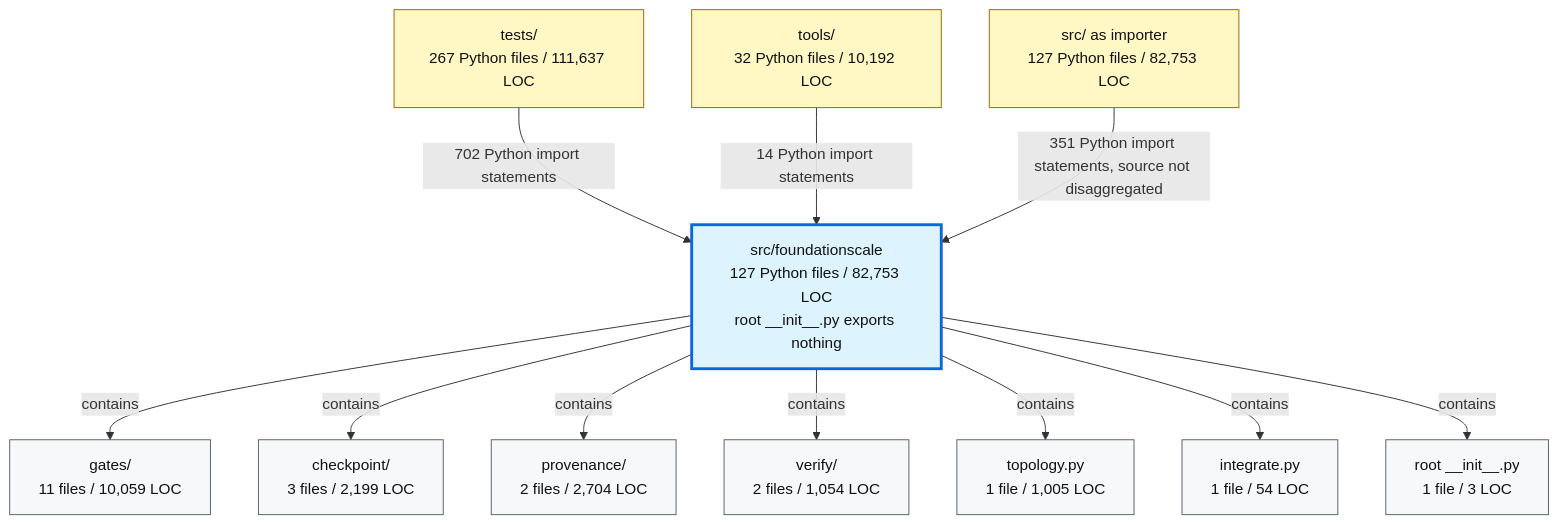
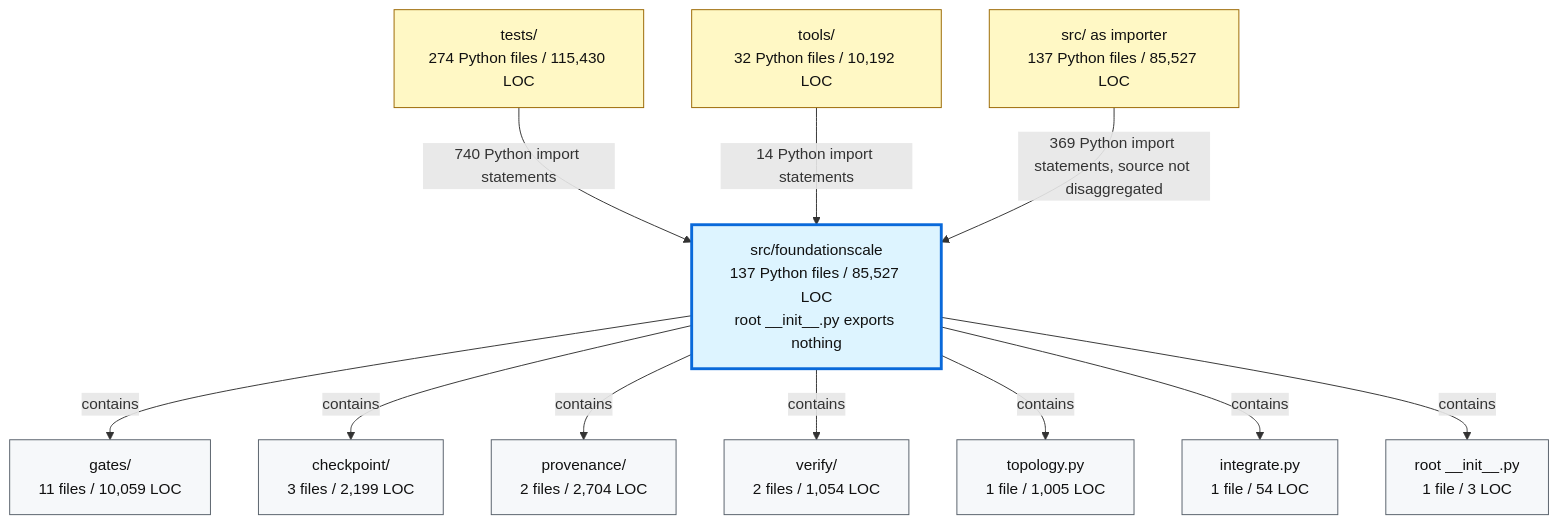
Before and after one commit to TranNhiem/FoundationScale: the second of 2 diagrams in docs/review/D2_current_architecture.md, drawn with Mermaid. The commit also changed other lines of this file and 10 other files, not shown here.

````diff
--- a/docs/review/D2_current_architecture.md
+++ b/docs/review/D2_current_architecture.md
@@ -97,36 +97,36 @@
 ```mermaid
 flowchart TB
-  TESTS["tests/<br/>267 Python files / 111,637 LOC"]
+  TESTS["tests/<br/>274 Python files / 115,430 LOC"]
   TOOLS["tools/<br/>32 Python files / 10,192 LOC"]
-  SRC["src/ as importer<br/>127 Python files / 82,753 LOC"]
+  SRC["src/ as importer<br/>137 Python files / 85,527 LOC"]
 
-  FS["src/foundationscale<br/>127 Python files / 82,753 LOC<br/>root __init__.py exports nothing"]
+  FS["src/foundationscale<br/>137 Python files / 85,527 LOC<br/>root __init__.py exports nothing"]
 
   GATES["gates/<br/>11 files / 10,059 LOC"]
   CKPT["checkpoint/<br/>3 files / 2,199 LOC"]
   PROV["provenance/<br/>2 files / 2,704 LOC"]
   VERIFY["verify/<br/>2 files / 1,054 LOC"]
   TOPO["topology.py<br/>1 file / 1,005 LOC"]
   INTEG["integrate.py<br/>1 file / 54 LOC"]
   ROOT["root __init__.py<br/>1 file / 3 LOC"]
 
-  TESTS -->|"702 Python import statements"| FS
+  TESTS -->|"740 Python import statements"| FS
   TOOLS -->|"14 Python import statements"| FS
-  SRC -->|"351 Python import statements, source not disaggregated"| FS
+  SRC -->|"369 Python import statements, source not disaggregated"| FS
 
   FS -->|"contains"| GATES
   FS -->|"contains"| CKPT
   FS -->|"contains"| PROV
   FS -->|"contains"| VERIFY
   FS -->|"contains"| TOPO
   FS -->|"contains"| INTEG
   FS -->|"contains"| ROOT
 
   classDef consumer fill:#fff8c5,stroke:#9a6700,color:#111;
   classDef package fill:#ddf4ff,stroke:#0969da,stroke-width:3px,color:#111;
   classDef module fill:#f6f8fa,stroke:#57606a,color:#111;
 
   class TESTS,TOOLS,SRC consumer;
   class FS package;
   class GATES,CKPT,PROV,VERIFY,TOPO,INTEG,ROOT module;
 ```
````
